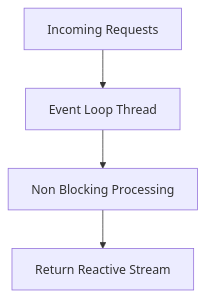
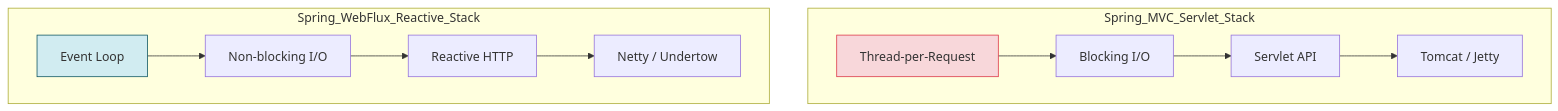
Before and after one commit to himwak2001/java-full-stack-interview-questions-answers: the third of 23 diagrams in spring/spring_interview_questions/interview_questions.md, drawn with Mermaid. The commit also changed other lines of this file, not shown here.

````diff
--- a/spring/spring_interview_questions/interview_questions.md
+++ b/spring/spring_interview_questions/interview_questions.md
@@ -129,7 +155,17 @@
   ```mermaid
-  flowchart TD
-    A[Incoming Requests] --> B[Event Loop Thread]
-    B --> C[Non Blocking Processing]
-    C --> D[Return Reactive Stream]
+  graph TD
+    subgraph Spring_MVC_Servlet_Stack
+    A[Thread-per-Request] --> B[Blocking I/O]
+    B --> C[Servlet API]
+    C --> D[Tomcat / Jetty]
+    end
 
+    subgraph Spring_WebFlux_Reactive_Stack
+    E[Event Loop] --> F[Non-blocking I/O]
+    F --> G[Reactive HTTP]
+    G --> H[Netty / Undertow]
+    end
+    
+    style E fill:#d1ecf1,stroke:#0c5460
+    style A fill:#f8d7da,stroke:#dc3545
   ```
````
